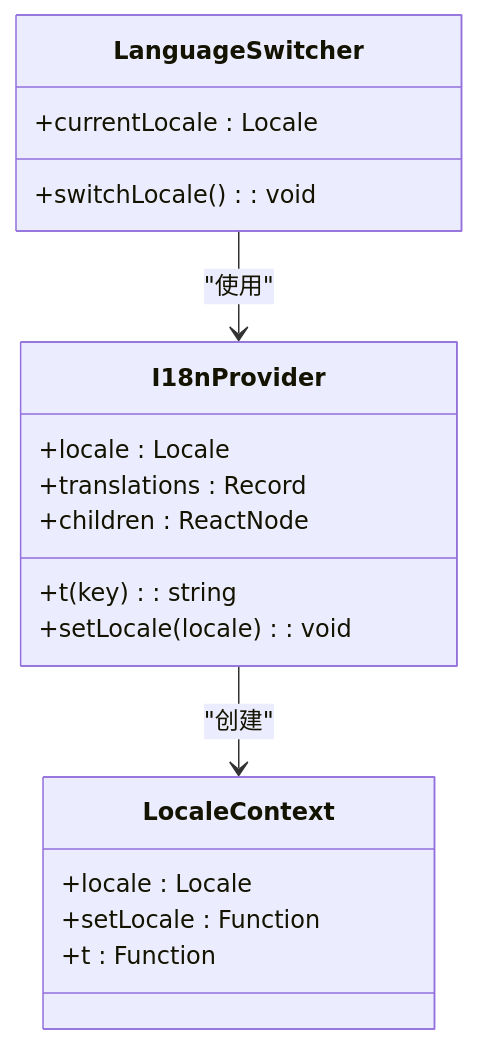
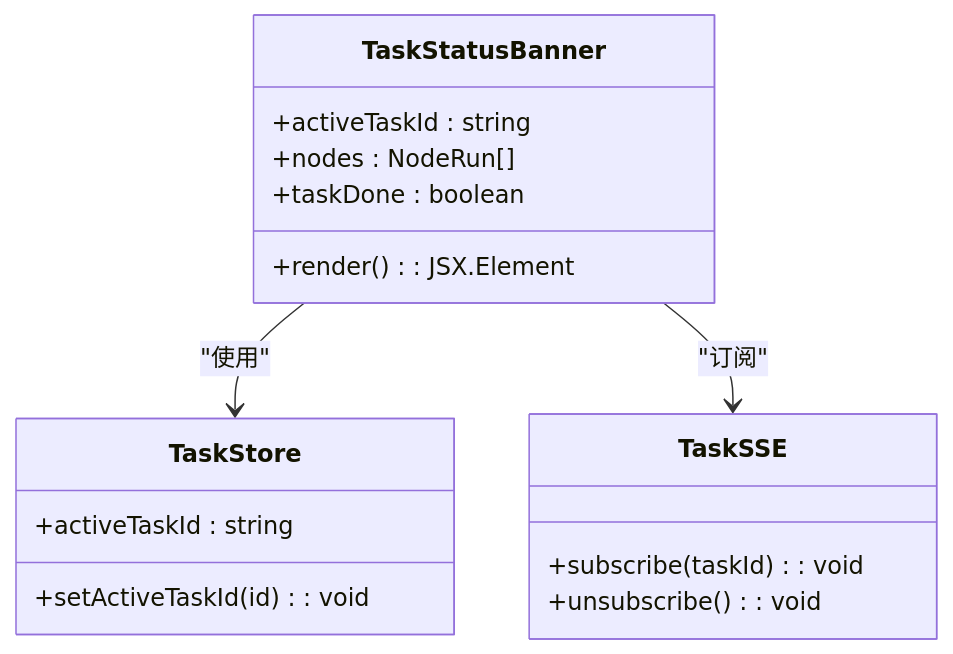
The seventh of 15 diagrams in .qoder/repowiki/zh/content/前端开发/Next.js应用架构.md (sansansansansan2022-web/hotclaw), drawn with Mermaid before and after one commit. The commit also changed other lines of this file and 860 other files, not shown here.

````diff
--- a/.qoder/repowiki/zh/content/前端开发/Next.js应用架构.md
+++ b/.qoder/repowiki/zh/content/前端开发/Next.js应用架构.md
@@ -241,21 +271,19 @@
 ```mermaid
 classDiagram
-class I18nProvider {
-+locale : Locale
-+translations : Record
-+children : ReactNode
-+t(key) : string
-+setLocale(locale) : void
+class TaskStatusBanner {
++activeTaskId : string
++nodes : NodeRun[]
++taskDone : boolean
++render() : JSX.Element
 }
-class LocaleContext {
-+locale : Locale
-+setLocale : Function
-+t : Function
+class TaskStore {
++activeTaskId : string
++setActiveTaskId(id) : void
 }
-class LanguageSwitcher {
-+currentLocale : Locale
-+switchLocale() : void
+class TaskSSE {
++subscribe(taskId) : void
++unsubscribe() : void
 }
-I18nProvider --> LocaleContext : "创建"
-LanguageSwitcher --> I18nProvider : "使用"
+TaskStatusBanner --> TaskStore : "使用"
+TaskStatusBanner --> TaskSSE : "订阅"
 ```
````
